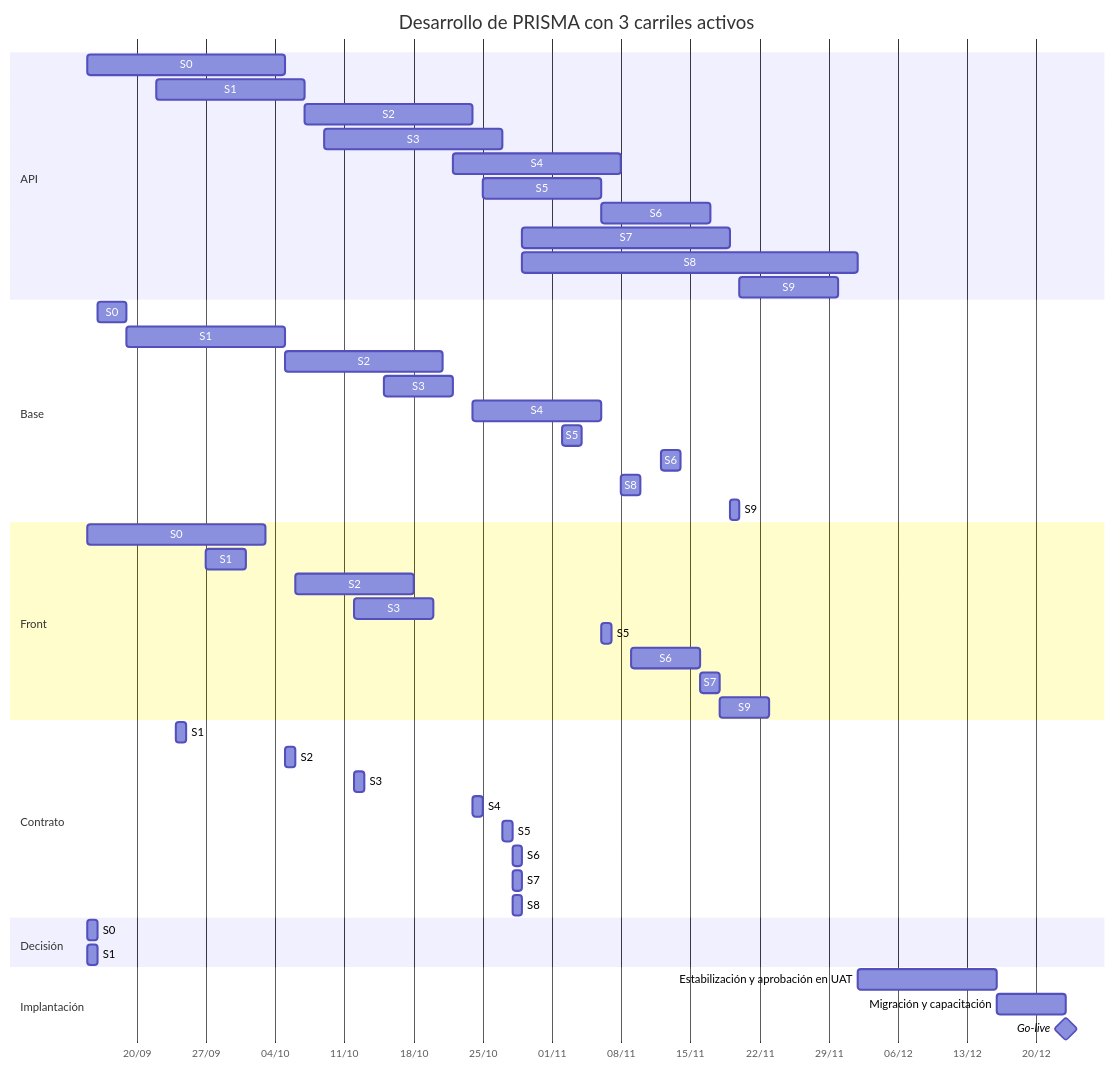
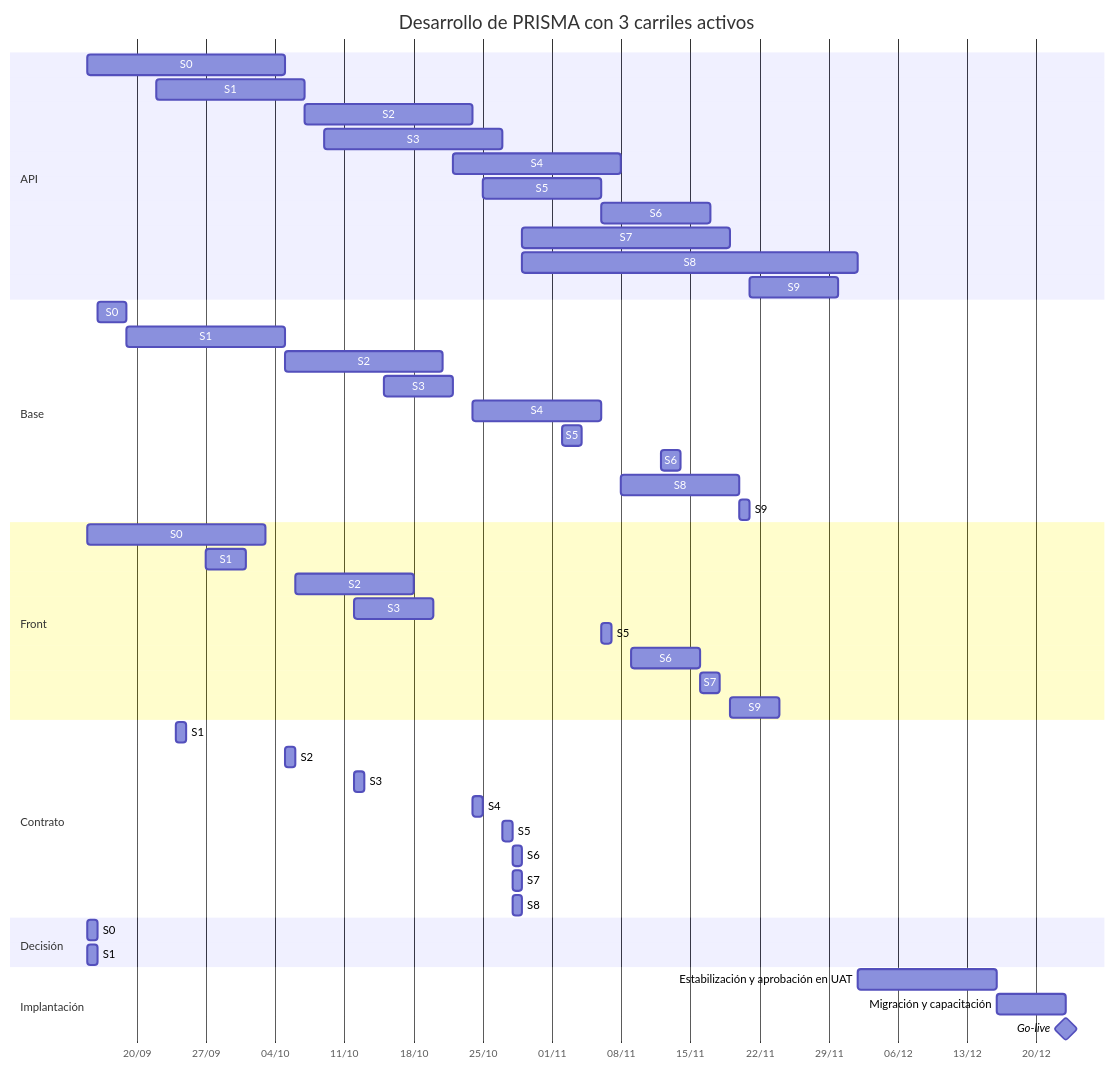
One commit to Juanchope039/Finanzas-PRISMA changed the first of 2 diagrams in docs/08-plan-de-desarrollo.md. Above: the diagram before and after it, drawn with Mermaid. The commit also changed other lines of this file and 26 other files, not shown here.

````diff
--- a/docs/08-plan-de-desarrollo.md
+++ b/docs/08-plan-de-desarrollo.md
@@ -172,58 +172,58 @@
 ```mermaid
 gantt
     title Desarrollo de PRISMA con 3 carriles activos
     dateFormat YYYY-MM-DD
     axisFormat %d/%m
 
     section API
     S0 :api0, 2026-09-15, 2026-10-05
     S1 :api1, 2026-09-22, 2026-10-07
     S2 :api2, 2026-10-07, 2026-10-24
     S3 :api3, 2026-10-09, 2026-10-27
     S4 :api4, 2026-10-22, 2026-11-08
     S5 :api5, 2026-10-25, 2026-11-06
     S6 :api6, 2026-11-06, 2026-11-17
     S7 :api7, 2026-10-29, 2026-11-19
     S8 :api8, 2026-10-29, 2026-12-02
-    S9 :api9, 2026-11-20, 2026-11-30
+    S9 :api9, 2026-11-21, 2026-11-30
 
     section Base
     S0 :base0, 2026-09-16, 2026-09-19
     S1 :base1, 2026-09-19, 2026-10-05
     S2 :base2, 2026-10-05, 2026-10-21
     S3 :base3, 2026-10-15, 2026-10-22
     S4 :base4, 2026-10-24, 2026-11-06
     S5 :base5, 2026-11-02, 2026-11-04
     S6 :base6, 2026-11-12, 2026-11-14
-    S8 :base8, 2026-11-08, 2026-11-10
-    S9 :base9, 2026-11-19, 2026-11-20
+    S8 :base8, 2026-11-08, 2026-11-20
+    S9 :base9, 2026-11-20, 2026-11-21
 
     section Front
     S0 :front0, 2026-09-15, 2026-10-03
     S1 :front1, 2026-09-27, 2026-10-01
     S2 :front2, 2026-10-06, 2026-10-18
     S3 :front3, 2026-10-12, 2026-10-20
     S5 :front5, 2026-11-06, 2026-11-07
     S6 :front6, 2026-11-09, 2026-11-16
     S7 :front7, 2026-11-16, 2026-11-18
-    S9 :front9, 2026-11-18, 2026-11-23
+    S9 :front9, 2026-11-19, 2026-11-24
 
     section Contrato
     S1 :contrato1, 2026-09-24, 2026-09-25
     S2 :contrato2, 2026-10-05, 2026-10-06
     S3 :contrato3, 2026-10-12, 2026-10-13
     S4 :contrato4, 2026-10-24, 2026-10-25
     S5 :contrato5, 2026-10-27, 2026-10-28
     S6 :contrato6, 2026-10-28, 2026-10-29
     S7 :contrato7, 2026-10-28, 2026-10-29
     S8 :contrato8, 2026-10-28, 2026-10-29
 
     section Decisión
     S0 :decisin0, 2026-09-15, 2026-09-16
     S1 :decisin1, 2026-09-15, 2026-09-16
 
     section Implantación
     Estabilización y aprobación en UAT :est, 2026-12-02, 2026-12-16
     Migración y capacitación :mig, 2026-12-16, 2026-12-23
     Go-live :milestone, 2026-12-23, 0d
 ```
````
